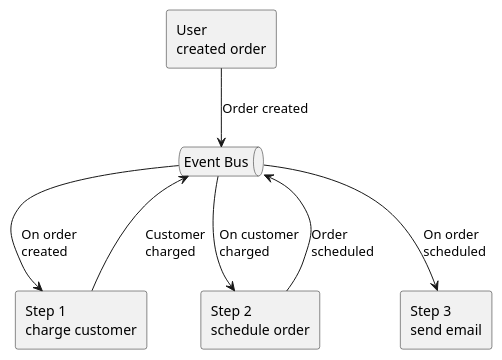
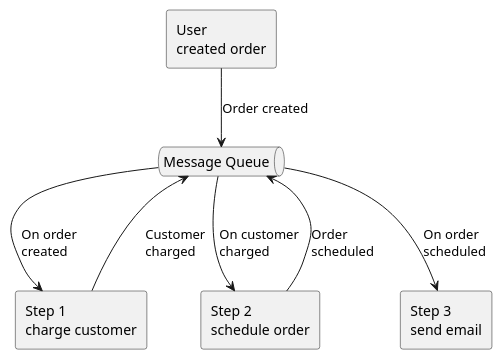
Before and after one commit to milosbugarinovic/blog: the diagram in draft/choreography-vs-orchestration/choreography-3-step-example.puml, drawn with PlantUML. The commit also changed 5 other files, not shown here.

```diff
--- a/draft/choreography-vs-orchestration/choreography-3-step-example.puml
+++ b/draft/choreography-vs-orchestration/choreography-3-step-example.puml
@@ -1,21 +1,21 @@
 @startuml
 
 rectangle "User\ncreated order" as userAction
 
-queue "Event Bus" as exchanger
+queue "Message Queue" as exchanger
 
 rectangle "Step 1\ncharge customer" as step1
 rectangle "Step 2\nschedule order" as step2
 rectangle "Step 3\nsend email"  as step3
 
 exchanger <-up- userAction : Order created
 
 exchanger -down-> step1 : \lOn order\ncreated
 exchanger <-down- step1 : \lCustomer\ncharged
 
 exchanger -down-> step2 : \lOn customer\ncharged
 exchanger <-down- step2 : \lOrder\nscheduled
 
 exchanger -down-> step3 : \lOn order\nscheduled
 
 @enduml
```
